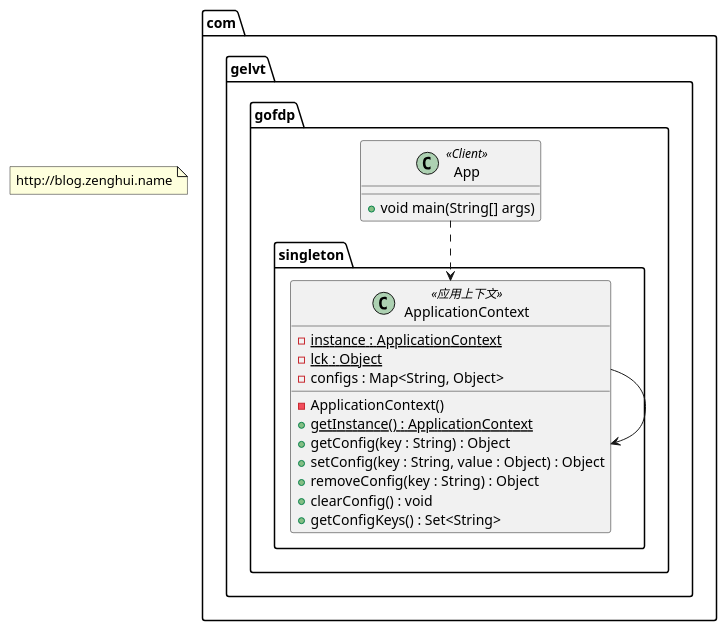
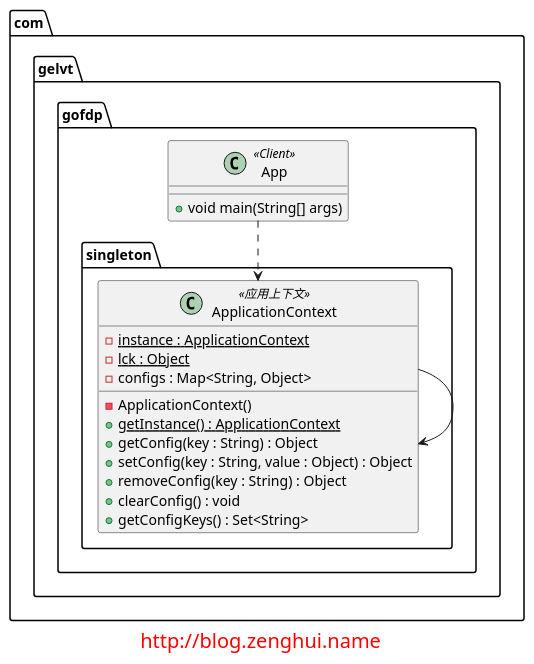
One commit to elvinzeng/java-design-pattern-samples changed the diagram in singleton/diagrams/singleton.puml. Above: the diagram before and after it, drawn with PlantUML. The commit also changed 13 other files, not shown here.

Commit message:
绘好adapter的类图

```diff
--- a/singleton/diagrams/singleton.puml
+++ b/singleton/diagrams/singleton.puml
@@ -1,34 +1,36 @@
 @startuml
 
 package com.gelvt.gofdp.singleton{
 
 
     class ApplicationContext <<应用上下文>> {
         - instance : ApplicationContext {static}
         - lck : Object {static}
         - configs : Map<String, Object>
         - ApplicationContext()
         + getInstance() : ApplicationContext {static}
         + getConfig(key : String) : Object
         + setConfig(key : String, value : Object) : Object
         + removeConfig(key : String) : Object
         + clearConfig() : void
         + getConfigKeys() : Set<String>
     }
 
     ApplicationContext --> ApplicationContext
 
 }
 
 package com.gelvt.gofdp{
     class App <<Client>>{
         + void main(String[] args)
     }
 }
 
 App ..> ApplicationContext
 
 
-note "http://blog.zenghui.name" as copyright
+footer
+<font size="20" color="red">http://blog.zenghui.name</font>
+endfooter
 
 @enduml
```
